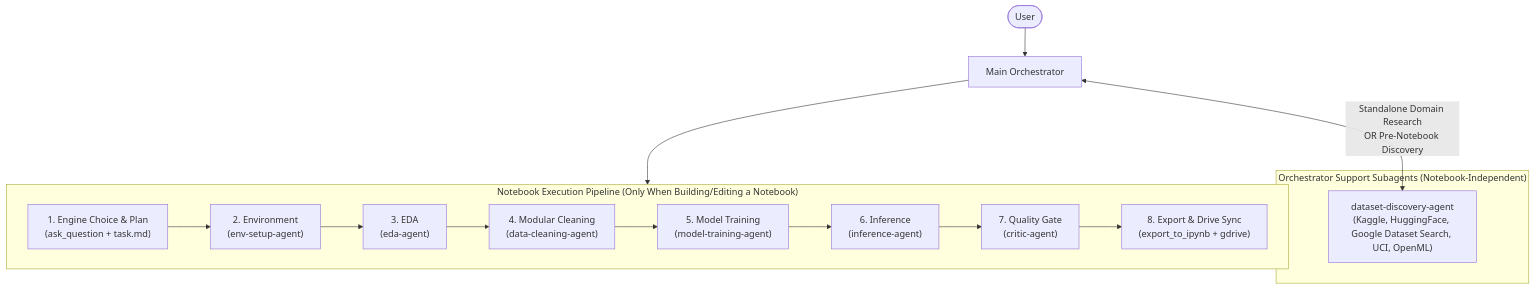
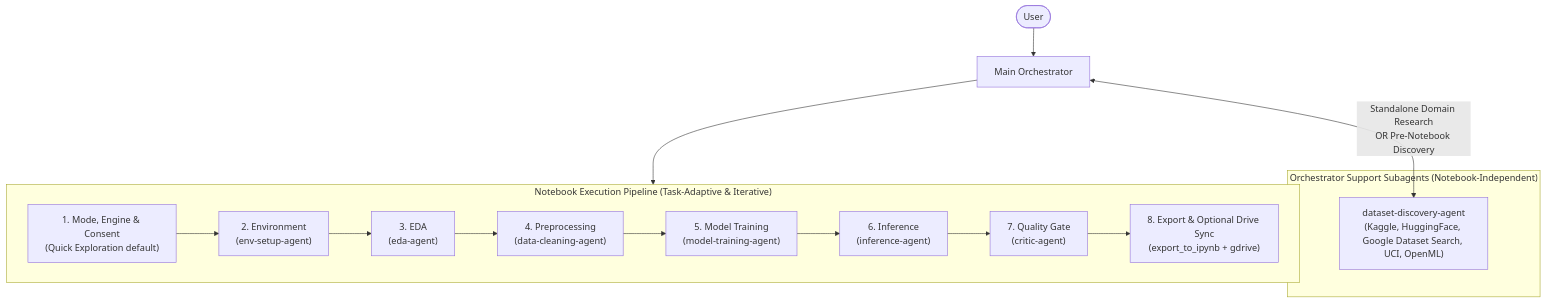
The diagram in README.md (moka-co/colab-data-scientist-skill), drawn with Mermaid before and after one commit. The commit also changed other lines of this file and 13 other files, not shown here.

````diff
--- a/README.md
+++ b/README.md
@@ -78,23 +73,23 @@
 ```mermaid
 flowchart TD
     User([User]) --> Orchestrator[Main Orchestrator]
 
     subgraph SupportGroup["Orchestrator Support Subagents (Notebook-Independent)"]
         Discovery["dataset-discovery-agent\n(Kaggle, HuggingFace, Google Dataset Search, UCI, OpenML)"]
     end
 
     Orchestrator <-->|"Standalone Domain Research\nOR Pre-Notebook Discovery"| Discovery
 
-    subgraph NotebookGroup["Notebook Execution Pipeline (Only When Building/Editing a Notebook)"]
+    subgraph NotebookGroup["Notebook Execution Pipeline (Task-Adaptive & Iterative)"]
         direction LR
-        A["1. Engine Choice & Plan\n(ask_question + task.md)"] --> B["2. Environment\n(env-setup-agent)"]
+        A["1. Mode, Engine & Consent\n(Quick Exploration default)"] --> B["2. Environment\n(env-setup-agent)"]
         B --> C["3. EDA\n(eda-agent)"]
-        C --> D["4. Modular Cleaning\n(data-cleaning-agent)"]
+        C --> D["4. Preprocessing\n(data-cleaning-agent)"]
         D --> E["5. Model Training\n(model-training-agent)"]
         E --> F["6. Inference\n(inference-agent)"]
         F --> G["7. Quality Gate\n(critic-agent)"]
-        G --> H["8. Export & Drive Sync\n(export_to_ipynb + gdrive)"]
+        G --> H["8. Export & Optional Drive Sync\n(export_to_ipynb + gdrive)"]
     end
 
     Orchestrator --> A
 ```
````
